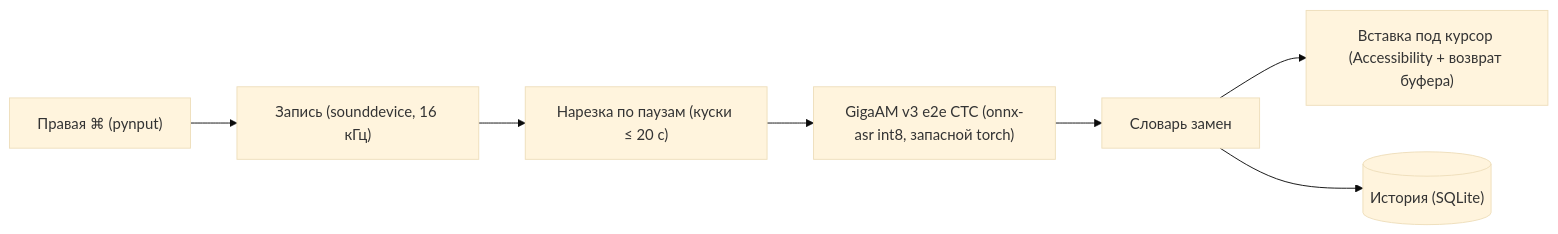
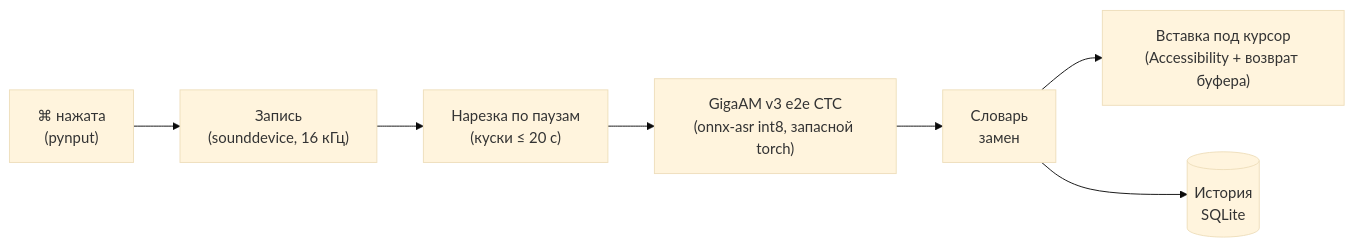
One commit to meshoklv/gigaam-dictation changed the diagram in README.ru.md. Above: the diagram before and after it, drawn with Mermaid (base theme). The commit also changed other lines of this file and 13 other files, not shown here.

````diff
--- a/README.ru.md
+++ b/README.ru.md
@@ -51,9 +108,9 @@
 ```mermaid
 flowchart LR
-    K["Правая ⌘ (pynput)"] --> R["Запись (sounddevice, 16 кГц)"]
-    R --> S["Нарезка по паузам (куски ≤ 20 с)"]
-    S --> A["GigaAM v3 e2e CTC (onnx-asr int8, запасной torch)"]
-    A --> D["Словарь замен"]
-    D --> I["Вставка под курсор (Accessibility + возврат буфера)"]
-    D --> H[("История (SQLite)")]
+    K["⌘ нажата<br/>(pynput)"] --> R["Запись<br/>(sounddevice, 16 кГц)"]
+    R --> S["Нарезка по паузам<br/>(куски ≤ 20 с)"]
+    S --> A["GigaAM v3 e2e CTC<br/>(onnx-asr int8, запасной torch)"]
+    A --> D["Словарь<br/>замен"]
+    D --> I["Вставка под курсор<br/>(Accessibility + возврат буфера)"]
+    D --> H[("История<br/>SQLite")]
 ```
````
